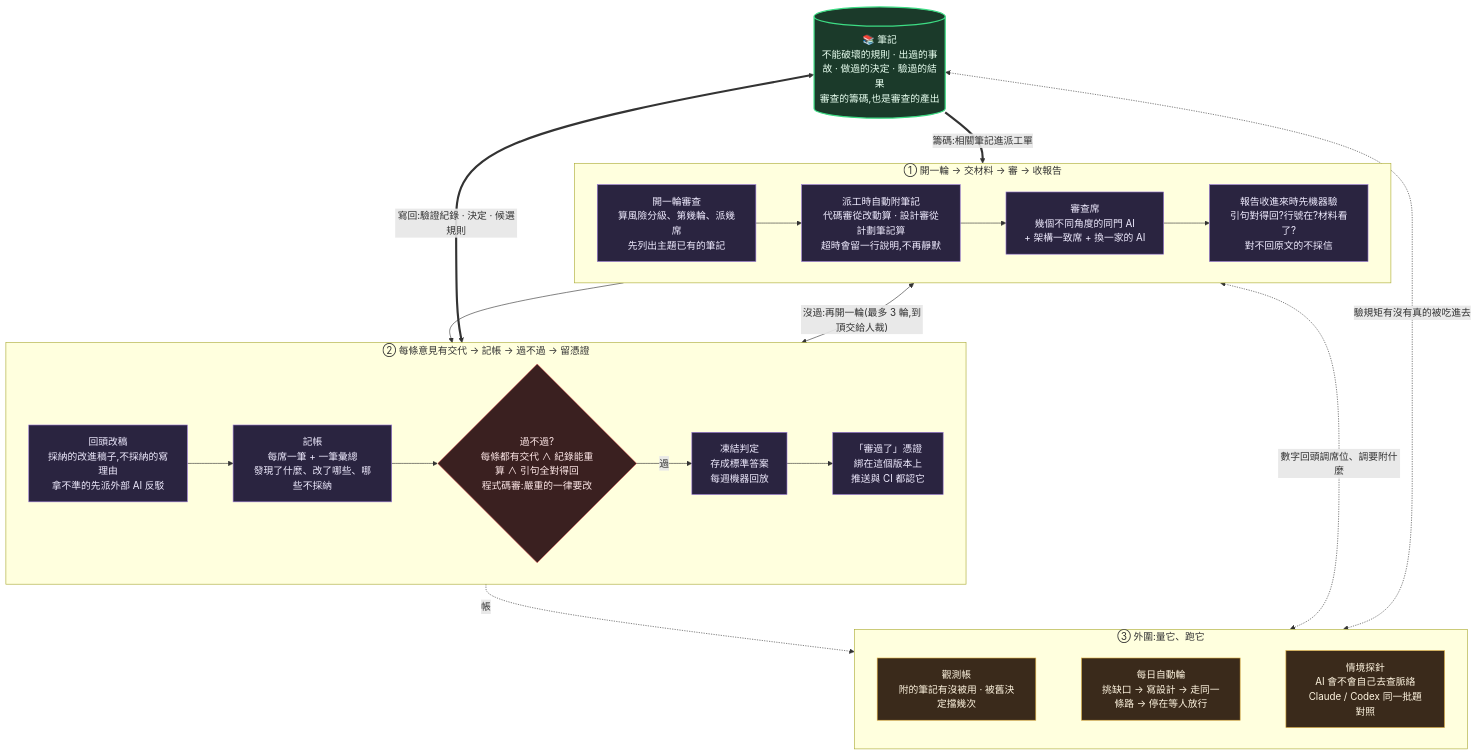
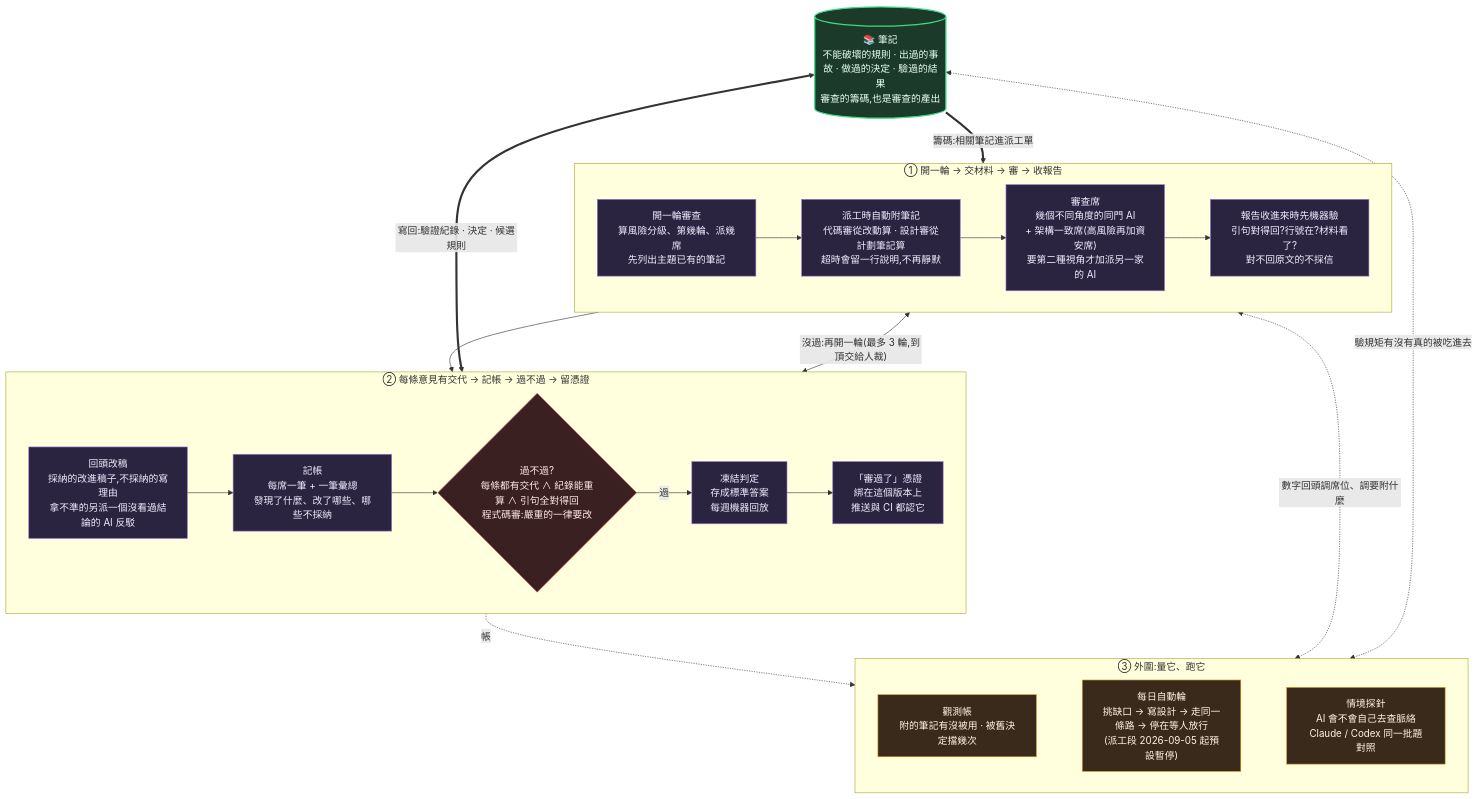
One commit to EnzoHsieh-Android/Lumos changed the diagram in docs/心智模型.md. Above: the diagram before and after it, drawn with Mermaid. The commit also changed other lines of this file and 17 other files, not shown here.

````diff
--- a/docs/心智模型.md
+++ b/docs/心智模型.md
@@ -100,36 +107,36 @@
 ```mermaid
 flowchart TB
     NODES[("📚 筆記<br/>不能破壞的規則 · 出過的事故 · 做過的決定 · 驗過的結果<br/>審查的籌碼,也是審查的產出")]
 
     subgraph R1["① 開一輪 → 交材料 → 審 → 收報告"]
         direction LR
-        NEXT["開一輪審查<br/>算風險分級、第幾輪、派幾席<br/>先列出主題已有的筆記"] --> LENS["派工時自動附筆記<br/>代碼審從改動算 · 設計審從計劃筆記算<br/>超時會留一行說明,不再靜默"] --> SEATS["審查席<br/>幾個不同角度的同門 AI<br/>+ 架構一致席 + 換一家的 AI"] --> INTAKE["報告收進來時先機器驗<br/>引句對得回?行號在?材料看了?<br/>對不回原文的不採信"]
+        NEXT["開一輪審查<br/>算風險分級、第幾輪、派幾席<br/>先列出主題已有的筆記"] --> LENS["派工時自動附筆記<br/>代碼審從改動算 · 設計審從計劃筆記算<br/>超時會留一行說明,不再靜默"] --> SEATS["審查席<br/>幾個不同角度的同門 AI<br/>+ 架構一致席(高風險再加資安席)<br/>要第二種視角才加派另一家的 AI"] --> INTAKE["報告收進來時先機器驗<br/>引句對得回?行號在?材料看了?<br/>對不回原文的不採信"]
     end
 
     subgraph R2["② 每條意見有交代 → 記帳 → 過不過 → 留憑證"]
         direction LR
-        FOLD["回頭改稿<br/>採納的改進稿子,不採納的寫理由<br/>拿不準的先派外部 AI 反駁"] --> LEDGER["記帳<br/>每席一筆 + 一筆彙總<br/>發現了什麼、改了哪些、哪些不採納"] --> GATE{"過不過?<br/>每條都有交代 ∧ 紀錄能重算 ∧ 引句全對得回<br/>程式碼審:嚴重的一律要改"} -->|過| FREEZE["凍結判定<br/>存成標準答案<br/>每週機器回放"] --> PASS["「審過了」憑證<br/>綁在這個版本上<br/>推送與 CI 都認它"]
+        FOLD["回頭改稿<br/>採納的改進稿子,不採納的寫理由<br/>拿不準的另派一個沒看過結論的 AI 反駁"] --> LEDGER["記帳<br/>每席一筆 + 一筆彙總<br/>發現了什麼、改了哪些、哪些不採納"] --> GATE{"過不過?<br/>每條都有交代 ∧ 紀錄能重算 ∧ 引句全對得回<br/>程式碼審:嚴重的一律要改"} -->|過| FREEZE["凍結判定<br/>存成標準答案<br/>每週機器回放"] --> PASS["「審過了」憑證<br/>綁在這個版本上<br/>推送與 CI 都認它"]
     end
 
     subgraph R3["③ 外圍:量它、跑它"]
         direction LR
-        OBS["觀測帳<br/>附的筆記有沒被用 · 被舊決定擋幾次"] ~~~ AUTO["每日自動輪<br/>挑缺口 → 寫設計 → 走同一條路 → 停在等人放行"] ~~~ PROBE["情境探針<br/>AI 會不會自己去查脈絡<br/>Claude / Codex 同一批題對照"]
+        OBS["觀測帳<br/>附的筆記有沒被用 · 被舊決定擋幾次"] ~~~ AUTO["每日自動輪<br/>挑缺口 → 寫設計 → 走同一條路 → 停在等人放行<br/>(派工段 2026-09-05 起預設暫停)"] ~~~ PROBE["情境探針<br/>AI 會不會自己去查脈絡<br/>Claude / Codex 同一批題對照"]
     end
 
     NODES ==>|"籌碼:相關筆記進派工單"| R1
     R1 --> R2
     R2 -.->|"帳"| R3
     NODES <==>|"寫回:驗證紀錄 · 決定 · 候選規則"| R2
     R1 <-->|"沒過:再開一輪(最多 3 輪,到頂交給人裁)"| R2
     R1 <-.->|"數字回頭調席位、調要附什麼"| R3
     NODES <-.->|"驗規矩有沒有真的被吃進去"| R3
 
     classDef gnode fill:#1b3a2a,stroke:#3ddc84,stroke-width:2px,color:#e8fff0
     classDef step fill:#2a2440,stroke:#9a7bd6,color:#f0ecff
     classDef gate fill:#3a2020,stroke:#dc5b5b,color:#ffe8e8
     classDef obs fill:#3a2a1b,stroke:#dcab3d,color:#fff5e0
     class NODES gnode
     class NEXT,LENS,SEATS,INTAKE,FOLD,LEDGER,FREEZE,PASS step
     class GATE gate
     class OBS,AUTO,PROBE obs
 ```
````
